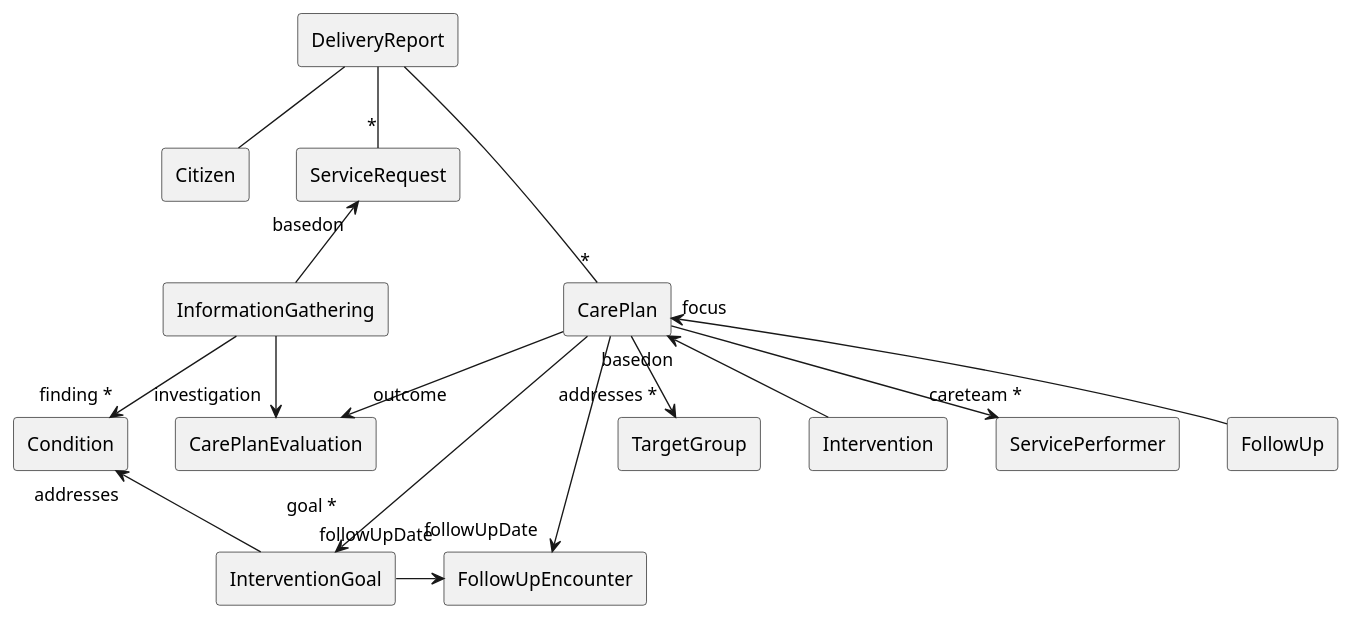
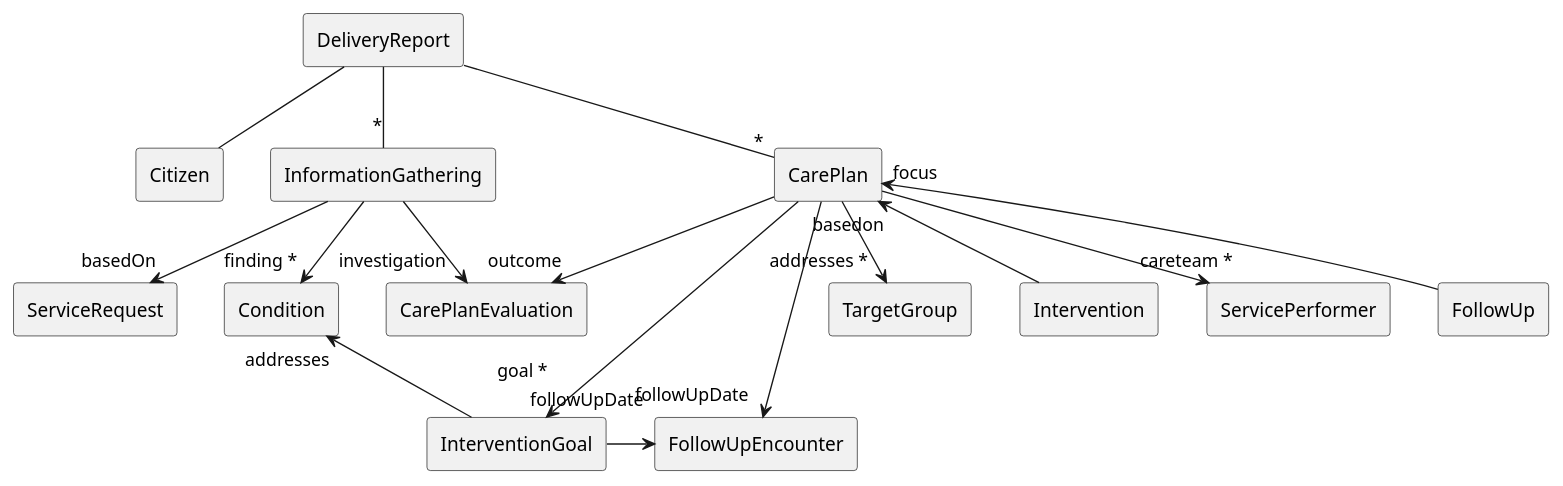
Before and after one commit to hl7dk/kl-ffb-reporting: the diagram in input/images-sources/KLReportingFFBDeliveryReport.plantuml, drawn with PlantUML. The commit also changed 6 other files, not shown here.

```diff
--- a/input/images-sources/KLReportingFFBDeliveryReport.plantuml
+++ b/input/images-sources/KLReportingFFBDeliveryReport.plantuml
@@ -1,45 +1,46 @@
 @startuml DeliveryReport
 'left to right direction
 
 rectangle "DeliveryReport" as report
 
 rectangle "Citizen" as citizen
 rectangle "ServiceRequest" as request
 
 rectangle "InformationGathering" as information
 
 rectangle "CarePlan" as careplan
 
 rectangle "InterventionGoal" as goal
 rectangle "FollowUpEncounter" as encounter
 
 rectangle "Condition" as condition
 
 rectangle "CarePlanEvaluation" as careplanevaluation
 
 rectangle "TargetGroup" as targetgroup
 
 rectangle "Intervention" as intervention
 rectangle "ServicePerformer" as provider
 
 rectangle "FollowUp" as followup
 
 report -- citizen
-report --"*" request
+report --"*" information
 report --"*" careplan
 
 information -->"finding *" condition
 information -->"investigation" careplanevaluation
 
-request "basedon"<-- information
+' request "basedon"<- information
+information -->"basedOn" request
 careplan -->"goal *\n" goal
 careplan -->"outcome" careplanevaluation
 careplan -->"addresses *" targetgroup
 careplan "basedon"<-- intervention
 careplan -->"careteam *" provider
 careplan "focus"<-- followup
 condition "addresses"<-- goal
 
 careplan -->"followUpDate" encounter
 goal ->"followUpDate" encounter
 @enduml
```
